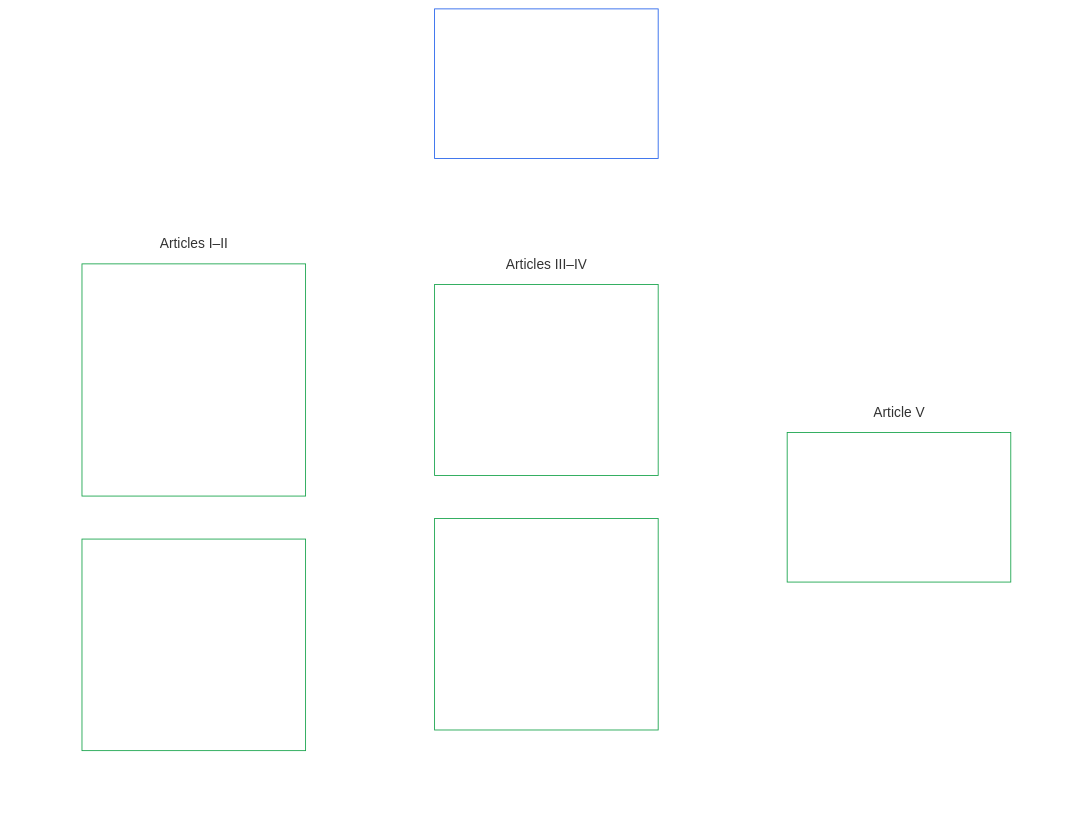
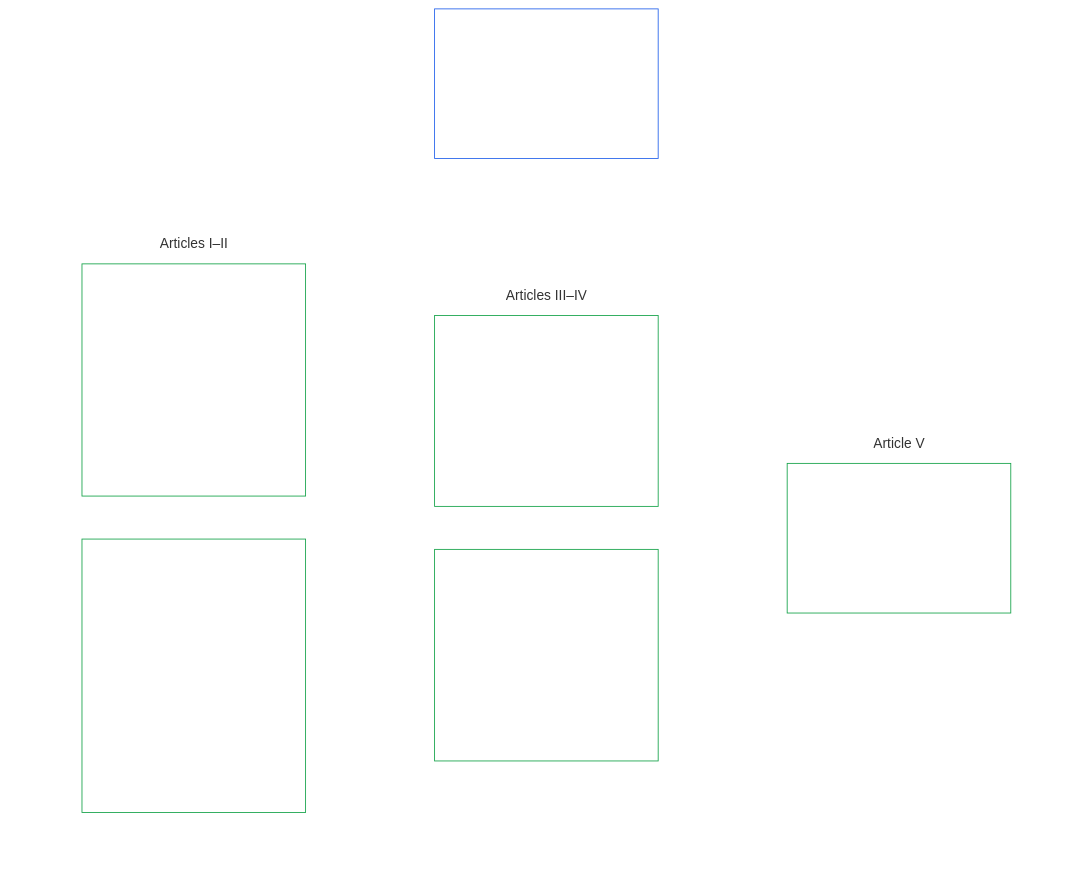
One commit to kfoelsch/Sentient_Constitution changed the fifth of 21 diagrams in guides/CONCEPTUAL_OVERVIEW.md. Above: the diagram before and after it, drawn with Mermaid. The commit also changed other lines of this file and 543 other files, not shown here.

````diff
--- a/guides/CONCEPTUAL_OVERVIEW.md
+++ b/guides/CONCEPTUAL_OVERVIEW.md
@@ -229,32 +229,32 @@
 ```mermaid
 flowchart TB
     A0["Part A<br/><br/>Planetary preconditions, material stewardship,<br/>survival, education, and shared resources"]
     subgraph Agrid[" "]
         direction TB
         subgraph Arow3["Article V"]
             direction LR
             A5["Article V · Resource Allocation, Dependencies, and Ecosystem Funding<br/><br/>• Dependency mapping<br/>• Cross-system fairness"]
         end
         subgraph Arow2["Articles III–IV"]
             direction LR
             A3["Article III · Survival and Essential Access<br/><br/>• Survival<br/>• Healthcare access<br/>• Labor and economic floor<br/>• Safe working conditions<br/>• Rest and recuperation"]
             A4["Article IV · Right to Sentient-Centered Education<br/><br/>• Equal educational access<br/>• Capability-building education<br/>• Lifelong adaptive learning<br/>• Contestability"]
         end
         subgraph Arow1["Articles I–II"]
             direction LR
             A1["Article I · Environmental Survival<br/><br/>• Environmental preconditions<br/>• Ecological footprint<br/>• Intergenerational responsibility<br/>• Existential risk and recovery"]
-            A2["Article II · Material Stewardship and Durable-Use Integrity<br/><br/>• Lifecycle honesty<br/>• Repair and servicing<br/>• Designed obsolescence<br/>• Post-sale access<br/>• Info-sphere continuity"]
+            A2["Article II · Material Stewardship and Durable-Use Integrity<br/><br/>• Lifecycle honesty<br/>• Repair and servicing<br/>• Designed obsolescence<br/>• Post-sale access<br/>• Data handling and network dependency<br/>• Continuity and operator shutdown"]
         end
     end
     A0 ~~~ Agrid
     style Agrid fill:none,stroke:none
     style Arow1 fill:none,stroke:none
     style Arow2 fill:none,stroke:none
     style Arow3 fill:none,stroke:none
     style A0 fill:none,stroke:#2563eb,color:#ffffff
     style A1 fill:none,stroke:#16a34a,color:#ffffff
     style A2 fill:none,stroke:#16a34a,color:#ffffff
     style A3 fill:none,stroke:#16a34a,color:#ffffff
     style A4 fill:none,stroke:#16a34a,color:#ffffff
     style A5 fill:none,stroke:#16a34a,color:#ffffff
 ```
````
